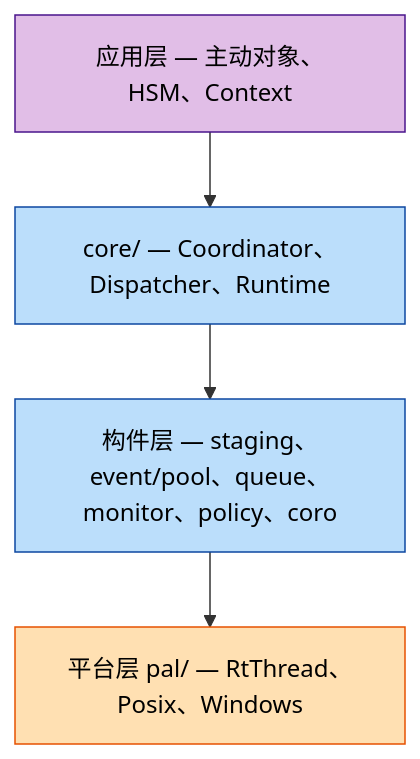
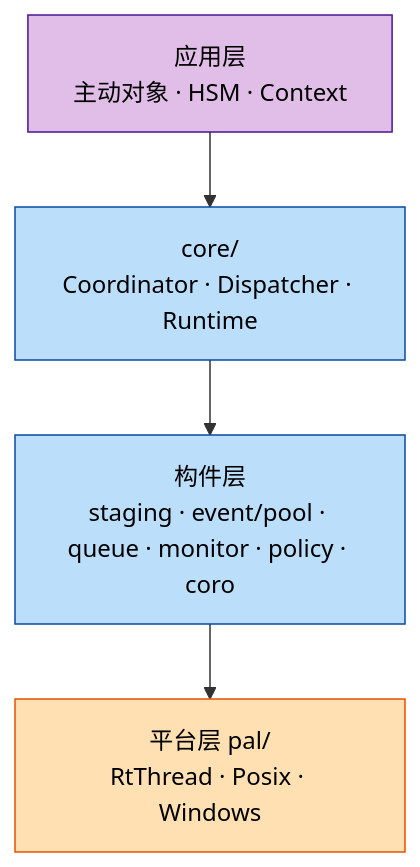
Before and after one commit to DeguiLiu/coact: the second of 2 diagrams in README_zh.md, drawn with Mermaid. The commit also changed other lines of this file and 1 other file, not shown here.

Commit message:
story-docs(dm): rework the branch README diagrams for clean rendering

````diff
--- a/README_zh.md
+++ b/README_zh.md
@@ -53,11 +50,11 @@
 ```mermaid
 flowchart TB
     classDef app fill:#E1BEE7,stroke:#4A148C,color:#000
     classDef core fill:#BBDEFB,stroke:#0D47A1,color:#000
     classDef pal fill:#FFE0B2,stroke:#E65100,color:#000
-    L4["应用层 — 主动对象、HSM、Context"]:::app
-    L3["core/ — Coordinator、Dispatcher、Runtime"]:::core
-    L2["构件层 — staging、event/pool、queue、monitor、policy、coro"]:::core
-    L1["平台层 pal/ — RtThread、Posix、Windows"]:::pal
+    L4["应用层<br/>主动对象 · HSM · Context"]:::app
+    L3["core/<br/>Coordinator · Dispatcher · Runtime"]:::core
+    L2["构件层<br/>staging · event/pool · queue · monitor · policy · coro"]:::core
+    L1["平台层 pal/<br/>RtThread · Posix · Windows"]:::pal
     L4 --> L3 --> L2 --> L1
 ```
````
